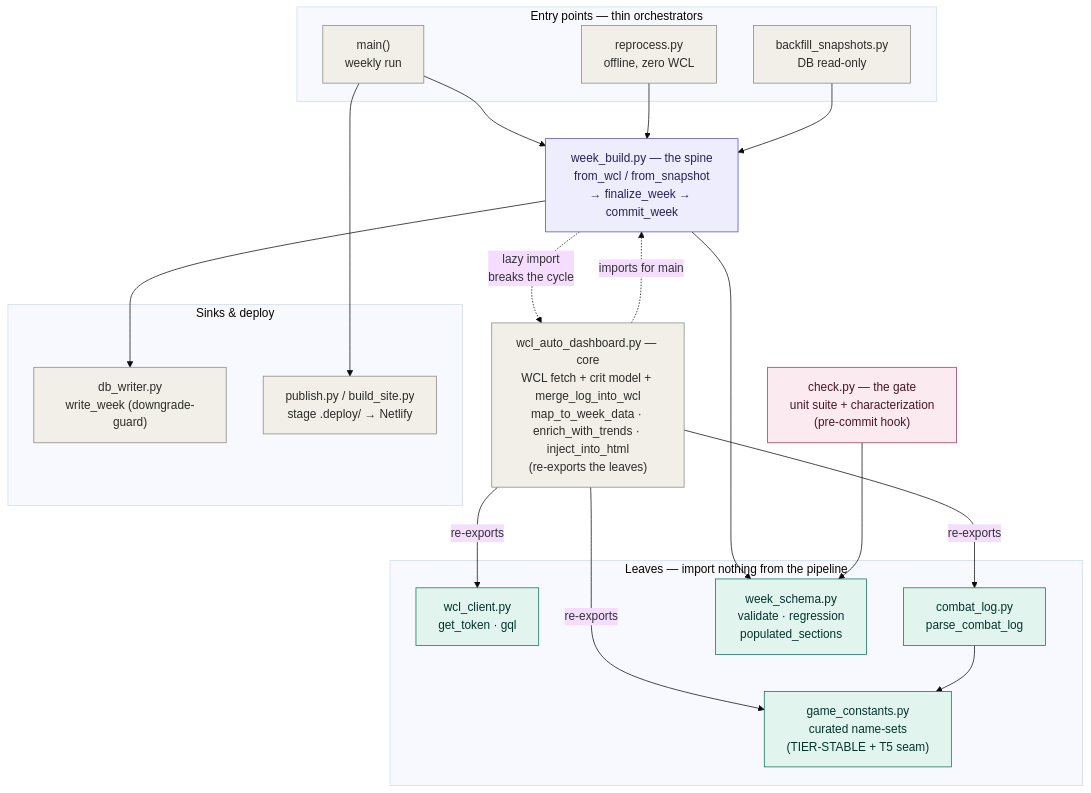
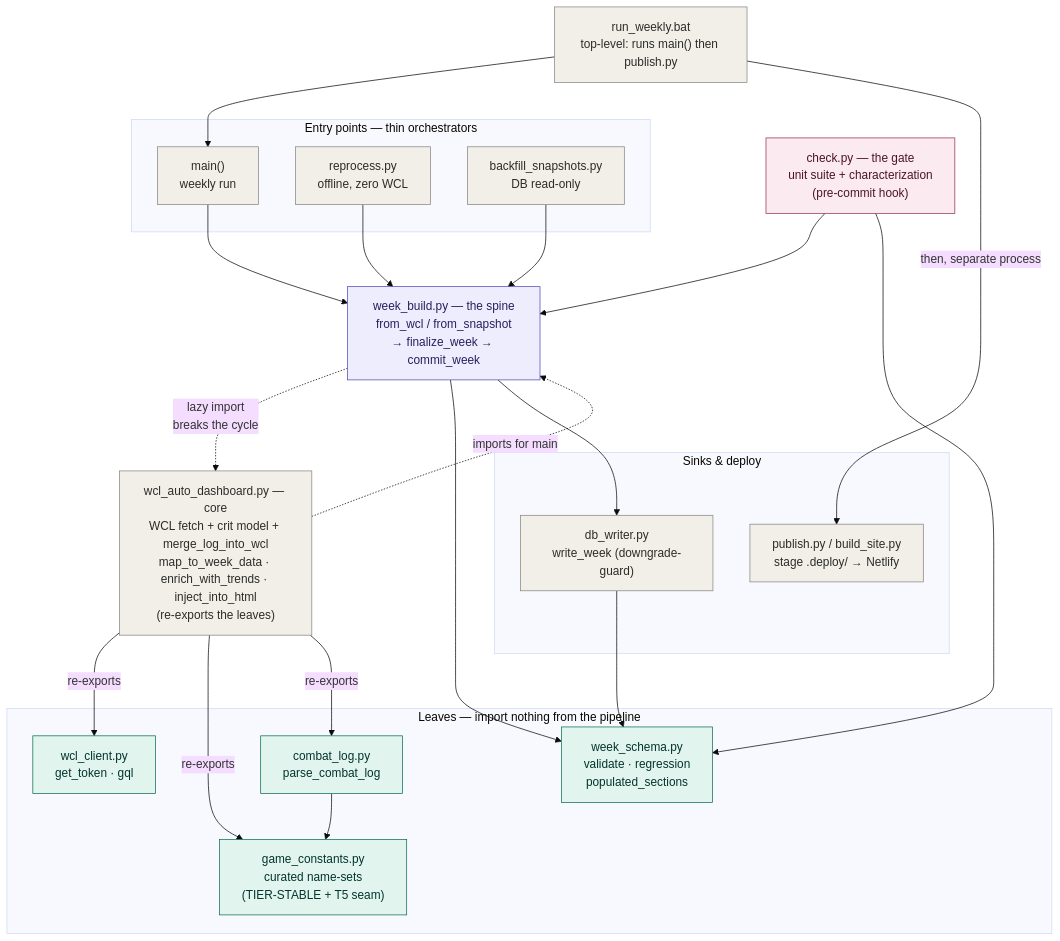
The first of 2 diagrams in docs/architecture.md (jketch/tbc-raid-kpi), drawn with Mermaid (base theme) before and after one commit. The commit also changed other lines of this file, not shown here.

Commit message:
docs: fix three module-map edges in the architecture diagram
- run_weekly.bat added as the top-level orchestrator; it runs main() then publish.py
  as two separate processes — publish reads the HTML main() wrote, main() doesn't call
  it (was a misleading MAIN --> PUB edge).
- GATE --> SPINE added: check.py imports week_build (wb.from_snapshot) for the
  characterization, not just week_schema.
- DBW --> SCHEMA added: db_writer imports week_schema for the downgrade-guard's section
  map.

Data-flow diagram was already accurate; these are module-map edge corrections.

````diff
--- a/docs/architecture.md
+++ b/docs/architecture.md
@@ -20,59 +20,63 @@
 ```mermaid
 flowchart TD
     %% ── Orchestrators (entry points) ────────────────────
+    RW["run_weekly.bat<br/>top-level: runs main() then publish.py"]
     subgraph ORCH["Entry points — thin orchestrators"]
         MAIN["main()<br/>weekly run"]
         REPRO["reprocess.py<br/>offline, zero WCL"]
         BACK["backfill_snapshots.py<br/>DB read-only"]
     end
 
     %% ── Spine ───────────────────────────────────────────
     SPINE["week_build.py — the spine<br/>from_wcl / from_snapshot<br/>→ finalize_week → commit_week"]
 
     %% ── Core ────────────────────────────────────────────
     CORE["wcl_auto_dashboard.py — core<br/>WCL fetch + crit model + merge_log_into_wcl<br/>map_to_week_data · enrich_with_trends · inject_into_html<br/>(re-exports the leaves)"]
 
     %% ── Sinks / deploy ──────────────────────────────────
     subgraph SINK["Sinks & deploy"]
         DBW["db_writer.py<br/>write_week (downgrade-guard)"]
         PUB["publish.py / build_site.py<br/>stage .deploy/ → Netlify"]
     end
 
     %% ── Gate ────────────────────────────────────────────
     GATE["check.py — the gate<br/>unit suite + characterization<br/>(pre-commit hook)"]
 
     %% ── Leaves ──────────────────────────────────────────
     subgraph LEAF["Leaves — import nothing from the pipeline"]
         WCLC["wcl_client.py<br/>get_token · gql"]
         GC["game_constants.py<br/>curated name-sets<br/>(TIER-STABLE + T5 seam)"]
         CL["combat_log.py<br/>parse_combat_log"]
         SCHEMA["week_schema.py<br/>validate · regression<br/>populated_sections"]
     end
 
+    RW --> MAIN
+    RW -->|then, separate process| PUB
     MAIN --> SPINE
     REPRO --> SPINE
     BACK --> SPINE
 
     SPINE -.->|lazy import<br/>breaks the cycle| CORE
     CORE -.->|imports for main| SPINE
     SPINE --> SCHEMA
     SPINE --> DBW
-    MAIN --> PUB
+    DBW --> SCHEMA
 
     CORE -->|re-exports| WCLC
     CORE -->|re-exports| GC
     CORE -->|re-exports| CL
     CL --> GC
 
+    GATE --> SPINE
     GATE --> SCHEMA
 
     classDef spine fill:#EEEDFE,stroke:#534AB7,color:#26215C;
     classDef leaf fill:#E1F5EE,stroke:#0F6E56,color:#04342C;
     classDef gate fill:#FBEAF0,stroke:#993556,color:#4B1528;
     classDef plain fill:#F1EFE8,stroke:#888780,color:#2C2C2A;
 
     class SPINE spine;
     class WCLC,GC,CL,SCHEMA leaf;
     class GATE gate;
-    class MAIN,REPRO,BACK,CORE,DBW,PUB plain;
+    class RW,MAIN,REPRO,BACK,CORE,DBW,PUB plain;
 ```
````
